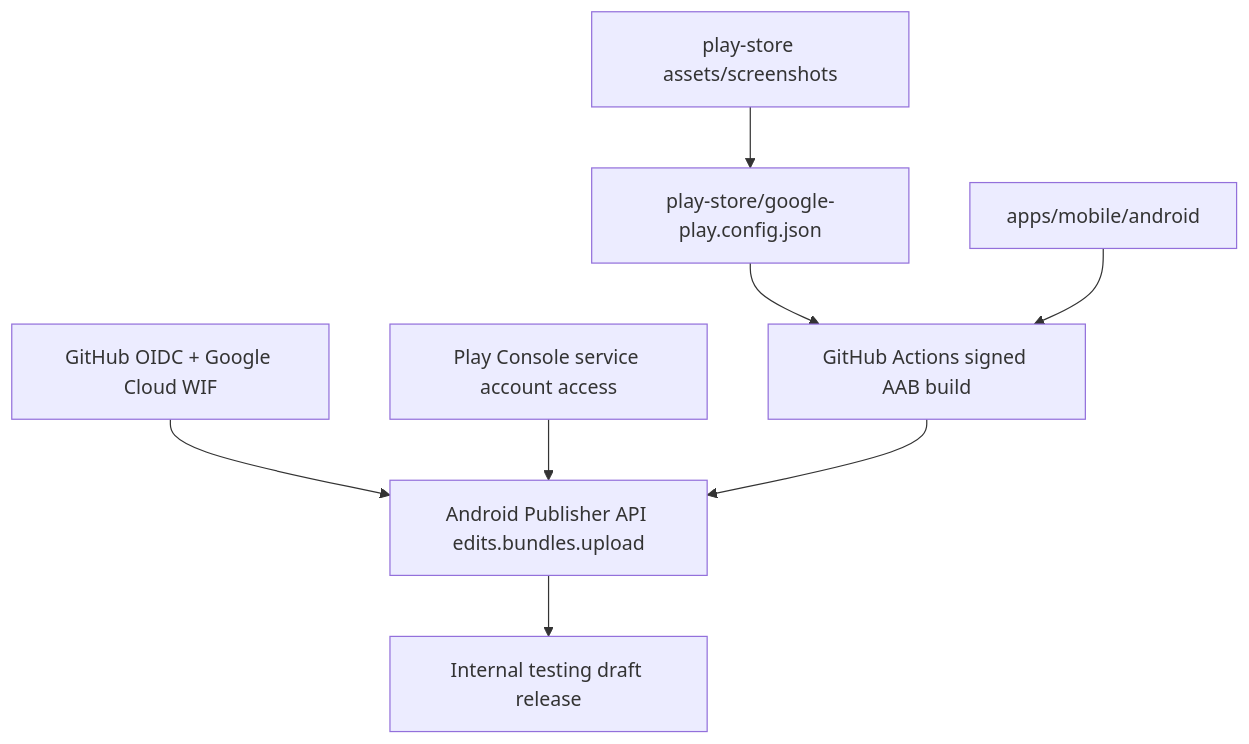
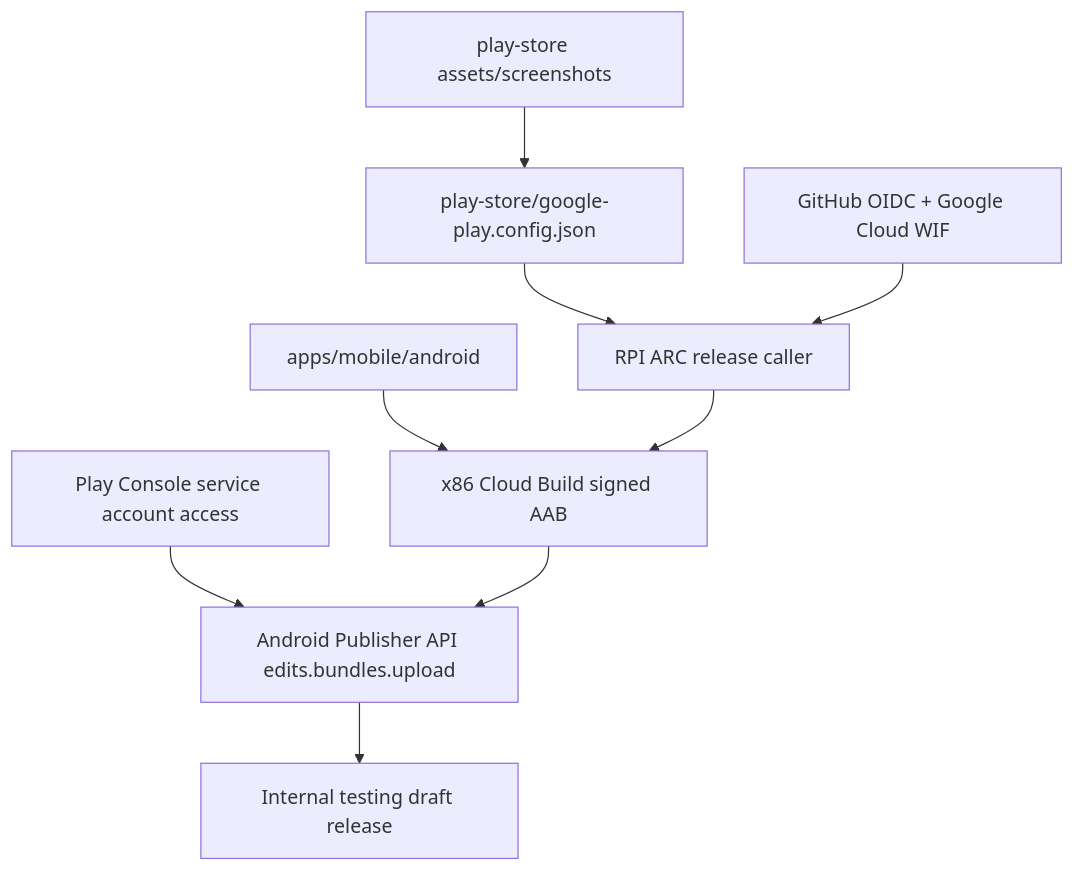
Before and after one commit to seorilabs/crossword-puzzle: the diagram in docs/google-play-release.md, drawn with Mermaid. The commit also changed other lines of this file and 9 other files, not shown here.

First line of the commit message:
Google Play 빌드를 RPI ARC와 Cloud Build로 전환한다 (#354)

````diff
--- a/docs/google-play-release.md
+++ b/docs/google-play-release.md
@@ -9,19 +9,21 @@
 ```mermaid
 flowchart TD
   Config["play-store/google-play.config.json"]
   Assets["play-store assets/screenshots"]
   Android["apps/mobile/android"]
-  Build["GitHub Actions signed AAB build"]
+  ARC["RPI ARC release caller"]
+  Build["x86 Cloud Build signed AAB"]
   WIF["GitHub OIDC + Google Cloud WIF"]
   PlaySA["Play Console service account access"]
   Upload["Android Publisher API edits.bundles.upload"]
   Internal["Internal testing draft release"]
 
-  Config --> Build
+  Config --> ARC
   Assets --> Config
   Android --> Build
-  WIF --> Upload
+  ARC --> Build
+  WIF --> ARC
   PlaySA --> Upload
   Build --> Upload
   Upload --> Internal
 ```
````
